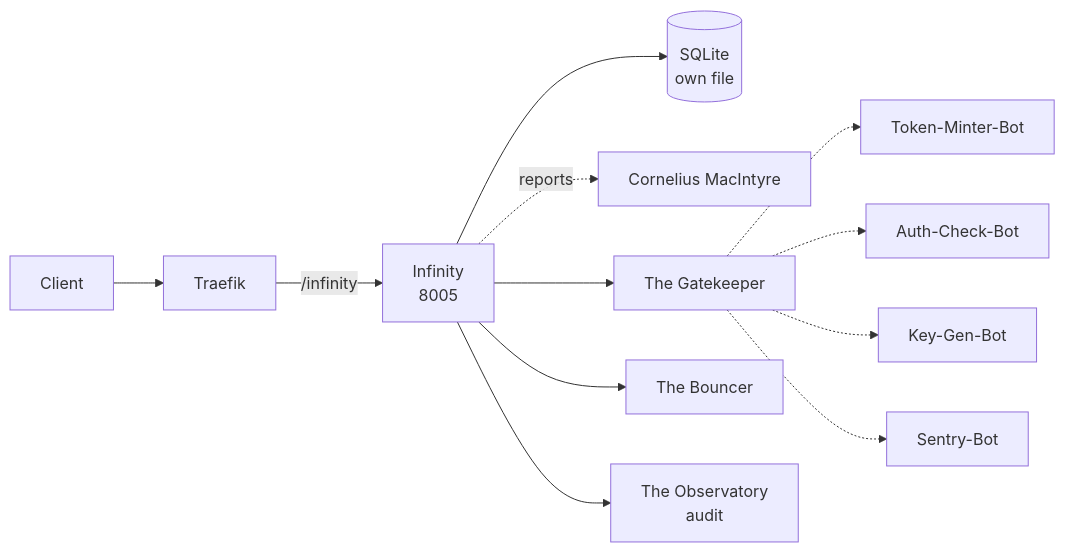
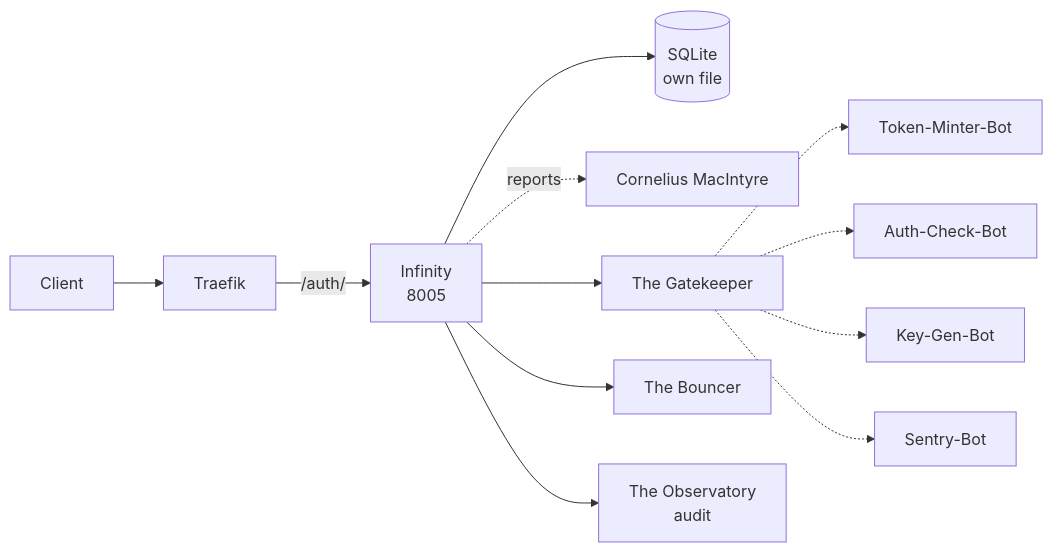
Before and after one commit to Trancendos/Tranc3: the diagram in docs/solution-packs/infinity.md, drawn with Mermaid. The commit also changed other lines of this file and 64 other files, not shown here.

````diff
--- a/docs/solution-packs/infinity.md
+++ b/docs/solution-packs/infinity.md
@@ -73,14 +73,14 @@
 ```mermaid
 flowchart LR
     C[Client] --> T[Traefik]
-    T -->|/infinity| S[Infinity<br/>8005]
+    T -->|/auth/| S[Infinity<br/>8005]
     S --> DB[(SQLite<br/>own file)]
     S -.reports.-> P[Cornelius MacIntyre]
     S --> AA[The Gatekeeper]
     S --> AB[The Bouncer]
     AA -.-> TokenMinterBot[Token-Minter-Bot]
     AA -.-> AuthCheckBot[Auth-Check-Bot]
     AA -.-> KeyGenBot[Key-Gen-Bot]
     AA -.-> SentryBot[Sentry-Bot]
     S --> OBS[The Observatory<br/>audit]
 ```
````
